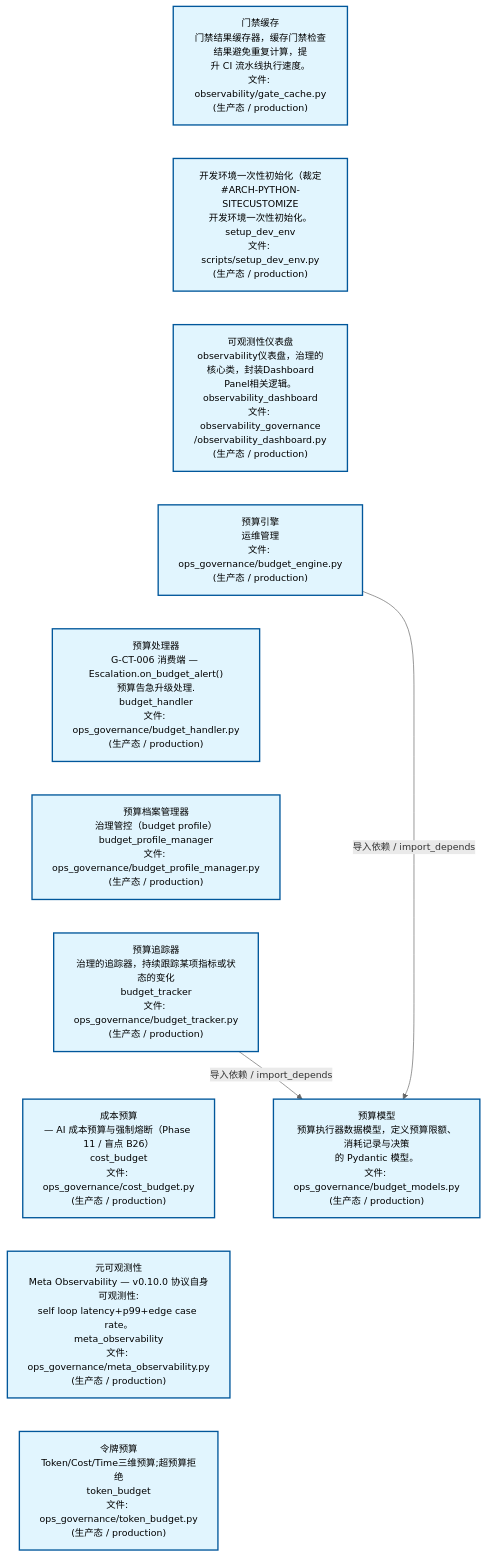
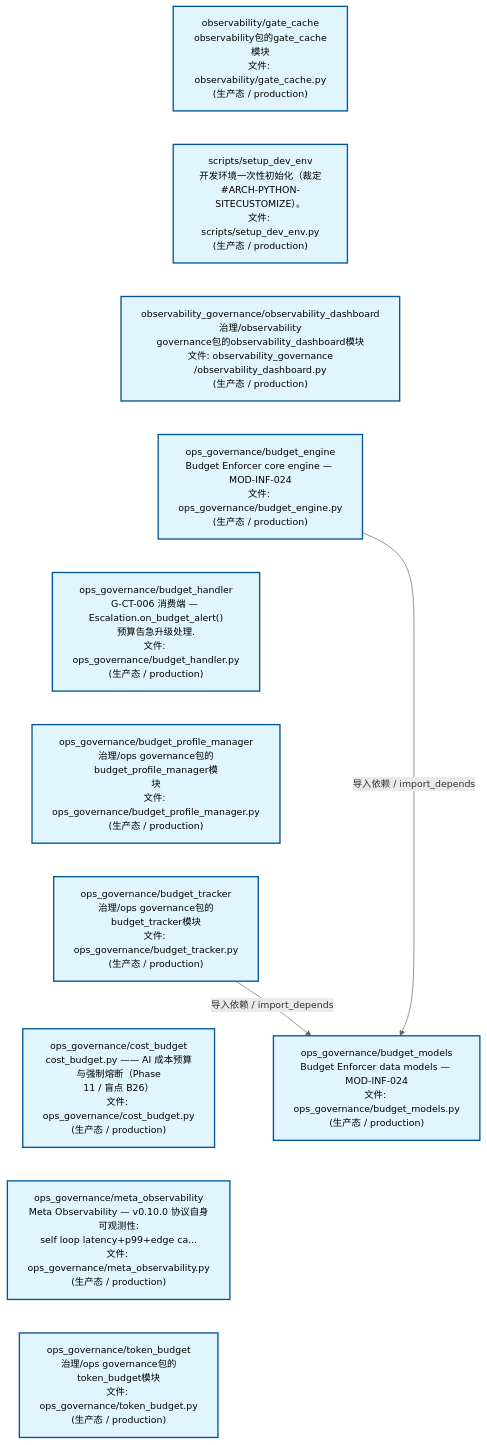
Before and after one commit to xuanFelixVan/ZephyrAlpha: the second of 3 diagrams in docs/02_enterprise_architecture/02_domain_architecture_docs/24_d_ops.md, drawn with Mermaid. The commit also changed other lines of this file and 50 other files, not shown here.

````diff
--- a/docs/02_enterprise_architecture/02_domain_architecture_docs/24_d_ops.md
+++ b/docs/02_enterprise_architecture/02_domain_architecture_docs/24_d_ops.md
@@ -125,31 +126,31 @@
 ```mermaid
 %%{init: {'theme': 'base', 'themeVariables': {'primaryColor': '#eaeaea', 'primaryTextColor': '#333333', 'primaryBorderColor': '#666666', 'lineColor': '#666666', 'secondaryColor': '#eaeaea', 'tertiaryColor': '#eaeaea', 'fontSize': '14px'}}}%%
 flowchart TD
-    scripts_governance_observability_gate_cache_py["门禁缓存<br/>门禁结果缓存器，缓存门禁检查结果避免重复计算，提<br/>升 CI 流水线执行速度。<br/>文件: observability/gate_cache.py<br/>(生产态 / production)"]
-    scripts_setup_dev_env_py["开发环境一次性初始化（裁定<br/>#ARCH-PYTHON-SITECUSTOMIZE<br/>开发环境一次性初始化。<br/>setup_dev_env<br/>文件: scripts/setup_dev_env.py<br/>(生产态 / production)"]
-    src_zephyr_governance_observability_governance_observability_dashboard_py["可观测性仪表盘<br/>observability仪表盘，治理的核心类，封装Dashboard<br/>Panel相关逻辑。<br/>observability_dashboard<br/>文件: observability_governance<br/>/observability_dashboard.py<br/>(生产态 / production)"]
-    src_zephyr_governance_ops_governance_budget_engine_py["预算引擎<br/>运维管理<br/>文件: ops_governance/budget_engine.py<br/>(生产态 / production)"]
-    src_zephyr_governance_ops_governance_budget_handler_py["预算处理器<br/>G-CT-006 消费端 — Escalation.on_budget_alert()<br/>预算告急升级处理.<br/>budget_handler<br/>文件: ops_governance/budget_handler.py<br/>(生产态 / production)"]
-    src_zephyr_governance_ops_governance_budget_profile_manager_py["预算档案管理器<br/>治理管控（budget profile）<br/>budget_profile_manager<br/>文件: ops_governance/budget_profile_manager.py<br/>(生产态 / production)"]
-    src_zephyr_governance_ops_governance_budget_tracker_py["预算追踪器<br/>治理的追踪器，持续跟踪某项指标或状态的变化<br/>budget_tracker<br/>文件: ops_governance/budget_tracker.py<br/>(生产态 / production)"]
-    src_zephyr_governance_ops_governance_cost_budget_py["成本预算<br/>— AI 成本预算与强制熔断（Phase 11 / 盲点 B26）<br/>cost_budget<br/>文件: ops_governance/cost_budget.py<br/>(生产态 / production)"]
-    src_zephyr_governance_ops_governance_meta_observability_py["元可观测性<br/>Meta Observability — v0.10.0 协议自身可观测性:<br/>self loop latency+p99+edge case rate。<br/>meta_observability<br/>文件: ops_governance/meta_observability.py<br/>(生产态 / production)"]
-    src_zephyr_governance_ops_governance_token_budget_py["令牌预算<br/>Token/Cost/Time三维预算;超预算拒绝<br/>token_budget<br/>文件: ops_governance/token_budget.py<br/>(生产态 / production)"]
+    scripts_governance_observability_gate_cache_py["observability/gate_cache<br/>observability包的gate_cache模块<br/>文件: observability/gate_cache.py<br/>(生产态 / production)"]
+    scripts_setup_dev_env_py["scripts/setup_dev_env<br/>开发环境一次性初始化（裁定<br/>#ARCH-PYTHON-SITECUSTOMIZE）。<br/>文件: scripts/setup_dev_env.py<br/>(生产态 / production)"]
+    src_zephyr_governance_observability_governance_observability_dashboard_py["observability_governance/observability_dashboard<br/>治理/observability<br/>governance包的observability_dashboard模块<br/>文件: observability_governance<br/>/observability_dashboard.py<br/>(生产态 / production)"]
+    src_zephyr_governance_ops_governance_budget_engine_py["ops_governance/budget_engine<br/>Budget Enforcer core engine — MOD-INF-024<br/>文件: ops_governance/budget_engine.py<br/>(生产态 / production)"]
+    src_zephyr_governance_ops_governance_budget_handler_py["ops_governance/budget_handler<br/>G-CT-006 消费端 — Escalation.on_budget_alert()<br/>预算告急升级处理.<br/>文件: ops_governance/budget_handler.py<br/>(生产态 / production)"]
+    src_zephyr_governance_ops_governance_budget_profile_manager_py["ops_governance/budget_profile_manager<br/>治理/ops governance包的budget_profile_manager模<br/>块<br/>文件: ops_governance/budget_profile_manager.py<br/>(生产态 / production)"]
+    src_zephyr_governance_ops_governance_budget_tracker_py["ops_governance/budget_tracker<br/>治理/ops governance包的budget_tracker模块<br/>文件: ops_governance/budget_tracker.py<br/>(生产态 / production)"]
+    src_zephyr_governance_ops_governance_cost_budget_py["ops_governance/cost_budget<br/>cost_budget.py —— AI 成本预算与强制熔断（Phase<br/>11 / 盲点 B26）<br/>文件: ops_governance/cost_budget.py<br/>(生产态 / production)"]
+    src_zephyr_governance_ops_governance_meta_observability_py["ops_governance/meta_observability<br/>Meta Observability — v0.10.0 协议自身可观测性:<br/>self loop latency+p99+edge ca...<br/>文件: ops_governance/meta_observability.py<br/>(生产态 / production)"]
+    src_zephyr_governance_ops_governance_token_budget_py["ops_governance/token_budget<br/>治理/ops governance包的token_budget模块<br/>文件: ops_governance/token_budget.py<br/>(生产态 / production)"]
     scripts_governance_observability_gate_cache_py ~~~ scripts_setup_dev_env_py
     scripts_setup_dev_env_py ~~~ src_zephyr_governance_observability_governance_observability_dashboard_py
     src_zephyr_governance_observability_governance_observability_dashboard_py ~~~ src_zephyr_governance_ops_governance_budget_engine_py
     src_zephyr_governance_ops_governance_budget_engine_py ~~~ src_zephyr_governance_ops_governance_budget_handler_py
     src_zephyr_governance_ops_governance_budget_handler_py ~~~ src_zephyr_governance_ops_governance_budget_profile_manager_py
     src_zephyr_governance_ops_governance_budget_profile_manager_py ~~~ src_zephyr_governance_ops_governance_budget_tracker_py
     src_zephyr_governance_ops_governance_budget_tracker_py ~~~ src_zephyr_governance_ops_governance_cost_budget_py
     src_zephyr_governance_ops_governance_cost_budget_py ~~~ src_zephyr_governance_ops_governance_meta_observability_py
     src_zephyr_governance_ops_governance_meta_observability_py ~~~ src_zephyr_governance_ops_governance_token_budget_py
-    src_zephyr_governance_ops_governance_budget_models_py["预算模型<br/>预算执行器数据模型，定义预算限额、消耗记录与决策<br/>的 Pydantic 模型。<br/>文件: ops_governance/budget_models.py<br/>(生产态 / production)"]
+    src_zephyr_governance_ops_governance_budget_models_py["ops_governance/budget_models<br/>Budget Enforcer data models — MOD-INF-024<br/>文件: ops_governance/budget_models.py<br/>(生产态 / production)"]
     src_zephyr_governance_ops_governance_budget_engine_py -->|导入依赖 / import_depends| src_zephyr_governance_ops_governance_budget_models_py
     src_zephyr_governance_ops_governance_budget_tracker_py -->|导入依赖 / import_depends| src_zephyr_governance_ops_governance_budget_models_py
     classDef production fill:#e1f5fe,stroke:#01579b,stroke-width:2px,color:#000
     classDef design fill:#fff3e0,stroke:#e65100,stroke-width:2px,color:#000,stroke-dasharray: 5 5
     classDef external_prod fill:#e8f4fd,stroke:#0277bd,stroke-width:1px,color:#000
     classDef external_design fill:#fff8e7,stroke:#ef6c00,stroke-width:1px,color:#000,stroke-dasharray: 5 5
     class scripts_governance_observability_gate_cache_py,scripts_setup_dev_env_py,src_zephyr_governance_observability_governance_observability_dashboard_py,src_zephyr_governance_ops_governance_budget_engine_py,src_zephyr_governance_ops_governance_budget_handler_py,src_zephyr_governance_ops_governance_budget_models_py,src_zephyr_governance_ops_governance_budget_profile_manager_py,src_zephyr_governance_ops_governance_budget_tracker_py,src_zephyr_governance_ops_governance_cost_budget_py,src_zephyr_governance_ops_governance_meta_observability_py,src_zephyr_governance_ops_governance_token_budget_py production
 ```
````
